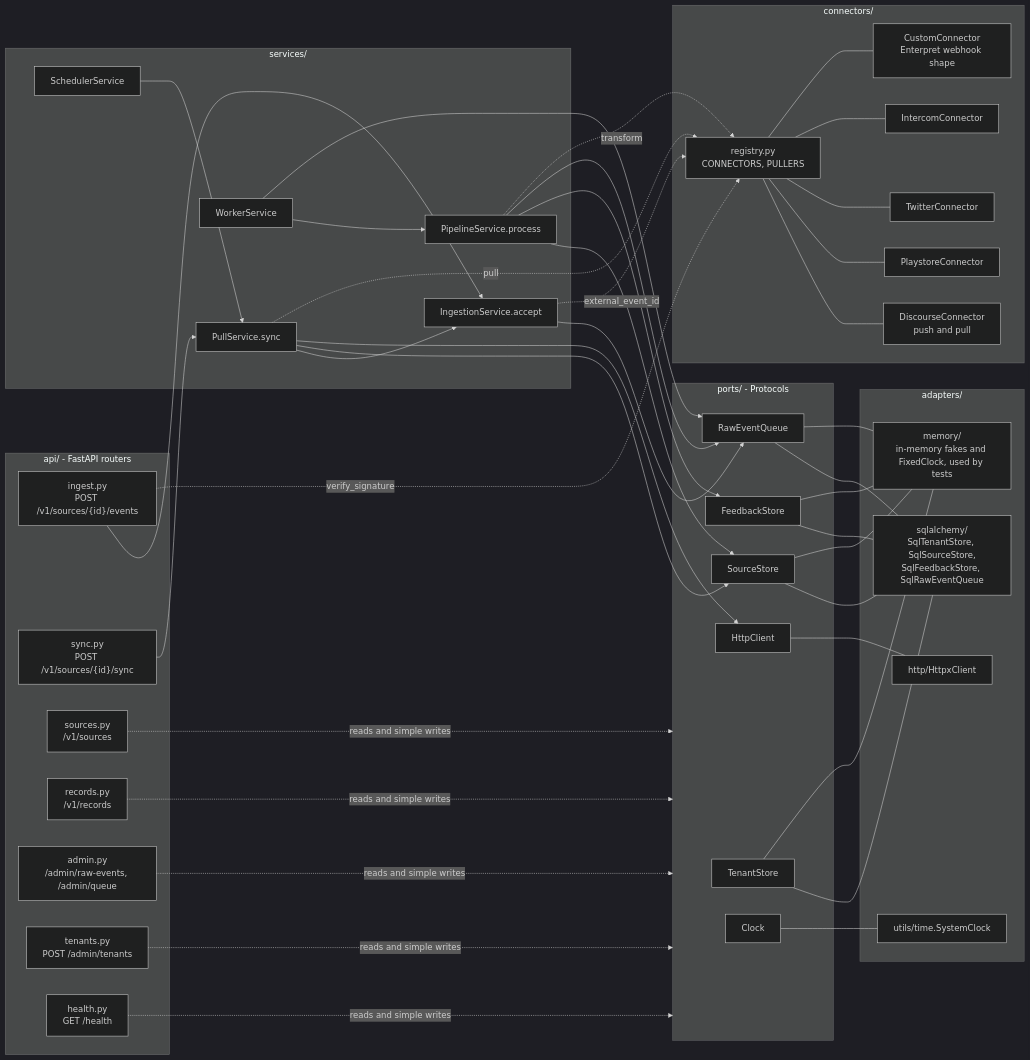
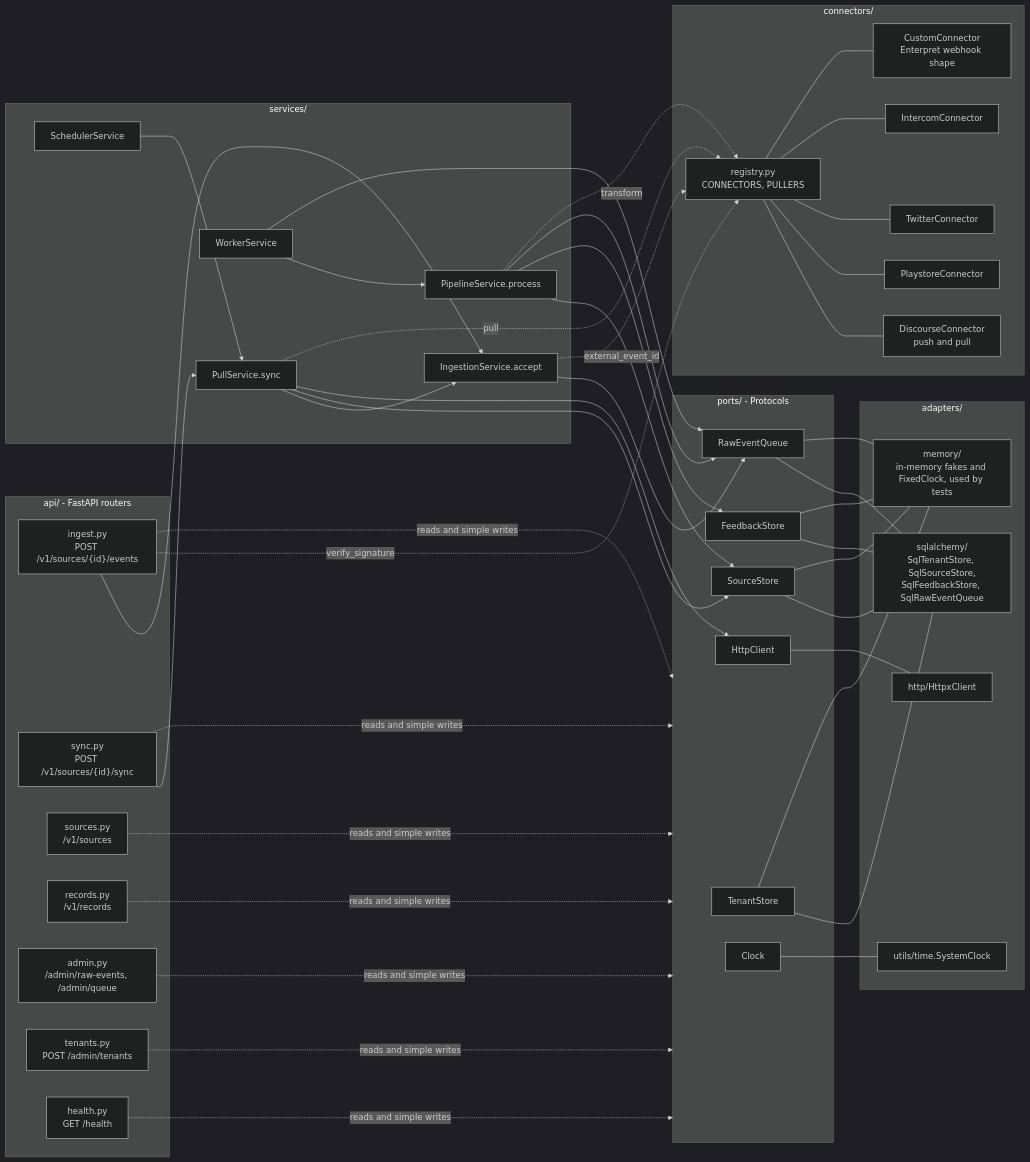
One commit to regalmoix/feedback-ingest changed the first of 5 diagrams in docs/00_architecture.md. Above: the diagram before and after it, drawn with Mermaid (dark theme). The commit also changed other lines of this file and 22 other files, not shown here.

````diff
--- a/docs/00_architecture.md
+++ b/docs/00_architecture.md
@@ -56,68 +56,68 @@
 ```mermaid
 flowchart LR
   subgraph API["api/ - FastAPI routers"]
     ingest["ingest.py<br/>POST /v1/sources/{id}/events"]
     sync["sync.py<br/>POST /v1/sources/{id}/sync"]
     sources["sources.py<br/>/v1/sources"]
     records["records.py<br/>/v1/records"]
     admin["admin.py<br/>/admin/raw-events, /admin/queue"]
     tenants["tenants.py<br/>POST /admin/tenants"]
     health["health.py<br/>GET /health"]
   end
 
   subgraph SVC["services/"]
     ING["IngestionService.accept"]
     PULL["PullService.sync"]
     SCHED["SchedulerService"]
     WORK["WorkerService"]
     PIPE["PipelineService.process"]
   end
 
   subgraph CON["connectors/"]
     REG["registry.py<br/>CONNECTORS, PULLERS"]
     DIS["DiscourseConnector<br/>push and pull"]
     PLAY["PlaystoreConnector"]
     TW["TwitterConnector"]
     IC["IntercomConnector"]
     CUS["CustomConnector<br/>Enterpret webhook shape"]
   end
 
   subgraph PORTS["ports/ - Protocols"]
     TS["TenantStore"]
     SS["SourceStore"]
     FS["FeedbackStore"]
     Q["RawEventQueue"]
     HTTP["HttpClient"]
     CLK["Clock"]
   end
 
   subgraph ADP["adapters/"]
     SQL["sqlalchemy/<br/>SqlTenantStore, SqlSourceStore,<br/>SqlFeedbackStore, SqlRawEventQueue"]
     HX["http/HttpxClient"]
     MEM["memory/<br/>in-memory fakes and FixedClock, used by tests"]
     SYS["utils/time.SystemClock"]
   end
 
   ingest --> ING
   sync --> PULL
   SCHED --> PULL
   PULL --> ING
   WORK --> PIPE
-  sources & records & admin & tenants & health -.->|reads and simple writes| PORTS
+  ingest & sync & sources & records & admin & tenants & health -.->|reads and simple writes| PORTS
   ING --> Q
   PULL --> SS
   PULL --> HTTP
   WORK --> Q
   PIPE --> SS
   PIPE --> FS
   PIPE --> Q
   ingest -.->|verify_signature| REG
   ING -.->|external_event_id| REG
   PULL -.->|pull| REG
   PIPE -.->|transform| REG
   REG --- DIS & PLAY & TW & IC & CUS
   TS & SS & FS & Q --- SQL
   TS & SS & FS & Q --- MEM
   HTTP --- HX
   CLK --- SYS
 ```
````
